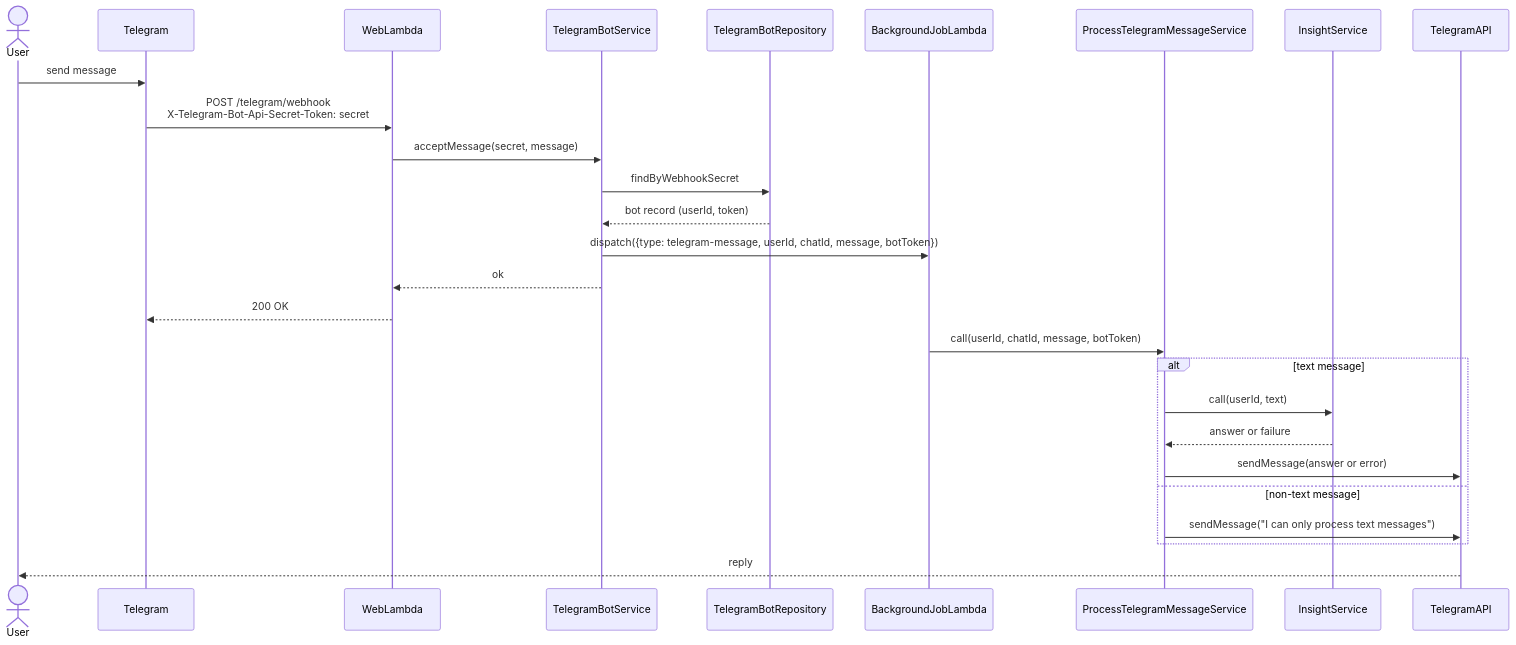
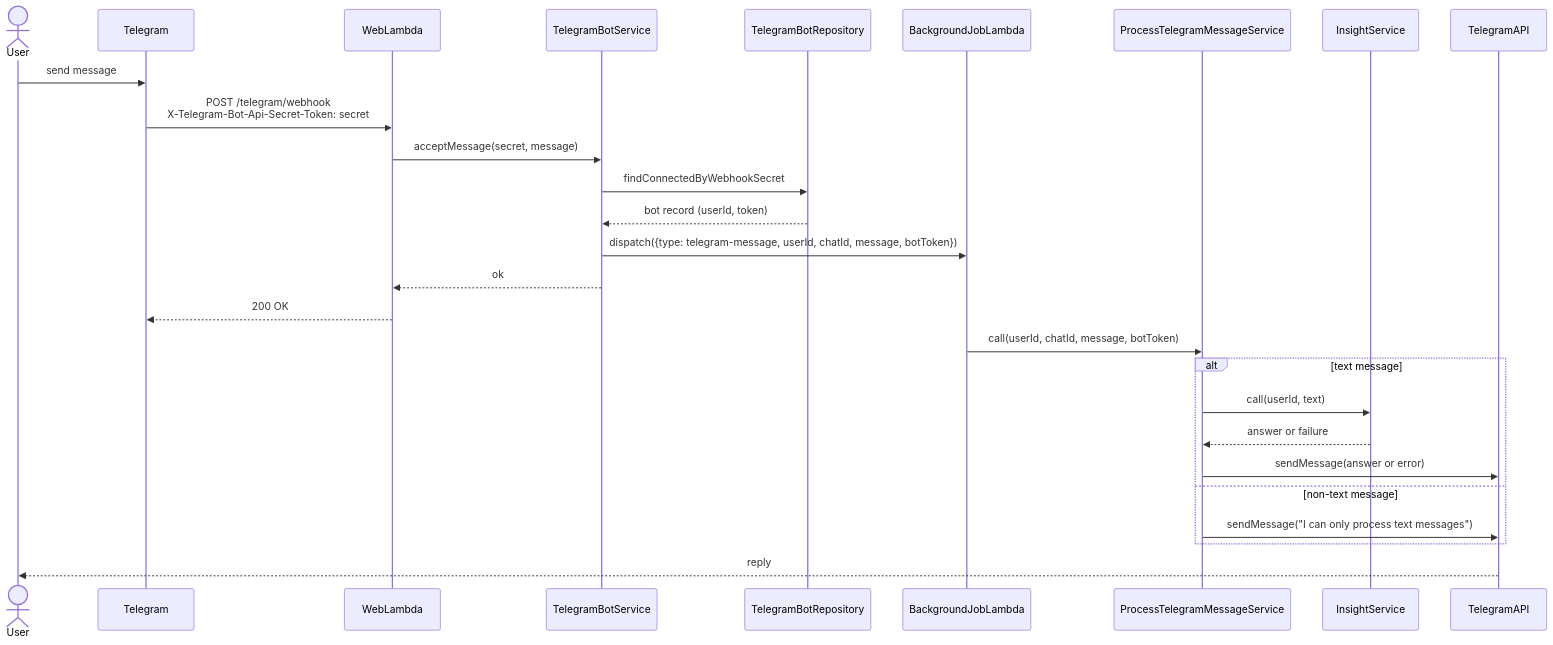
One commit to alexei-lexx/budget changed the third of 3 diagrams in docs/telegram-bot-integration.md. Above: the diagram before and after it, drawn with Mermaid. The commit also changed other lines of this file and 6 other files, not shown here.

````diff
--- a/docs/telegram-bot-integration.md
+++ b/docs/telegram-bot-integration.md
@@ -126,30 +126,30 @@
 ```mermaid
 sequenceDiagram
     actor User
     participant Telegram
     participant WebLambda
     participant TelegramBotService
     participant TelegramBotRepository
     participant BackgroundJobLambda
     participant ProcessTelegramMessageService
     participant InsightService
     participant TelegramAPI
 
     User->>Telegram: send message
     Telegram->>WebLambda: POST /telegram/webhook<br/>X-Telegram-Bot-Api-Secret-Token: secret
     WebLambda->>TelegramBotService: acceptMessage(secret, message)
-    TelegramBotService->>TelegramBotRepository: findByWebhookSecret
+    TelegramBotService->>TelegramBotRepository: findConnectedByWebhookSecret
     TelegramBotRepository-->>TelegramBotService: bot record (userId, token)
     TelegramBotService->>BackgroundJobLambda: dispatch({type: telegram-message, userId, chatId, message, botToken})
     TelegramBotService-->>WebLambda: ok
     WebLambda-->>Telegram: 200 OK
     BackgroundJobLambda->>ProcessTelegramMessageService: call(userId, chatId, message, botToken)
     alt text message
         ProcessTelegramMessageService->>InsightService: call(userId, text)
         InsightService-->>ProcessTelegramMessageService: answer or failure
         ProcessTelegramMessageService->>TelegramAPI: sendMessage(answer or error)
     else non-text message
         ProcessTelegramMessageService->>TelegramAPI: sendMessage("I can only process text messages")
     end
     TelegramAPI-->>User: reply
 ```
````
